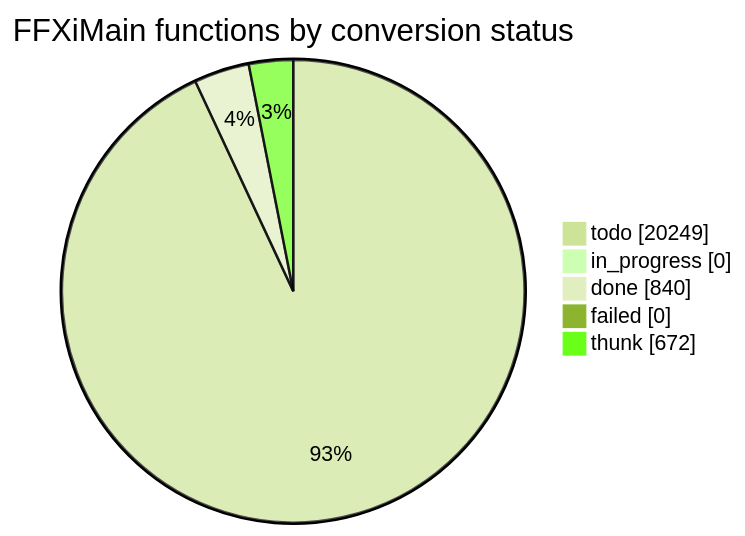
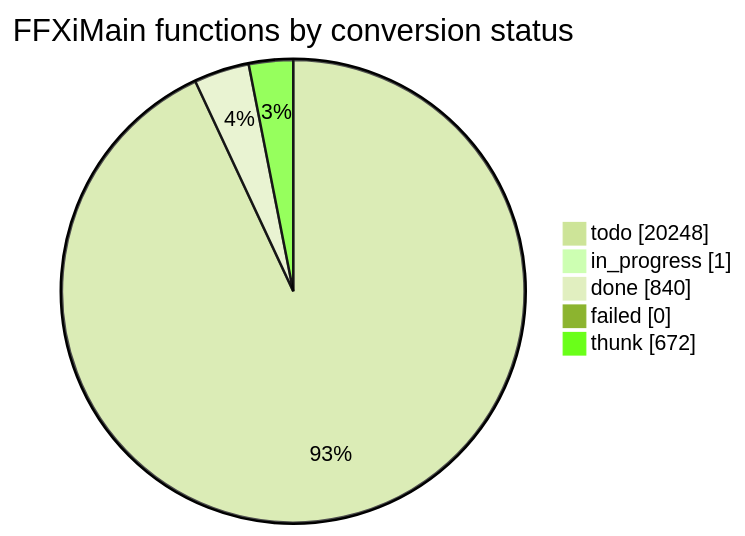
The diagram in docs/cow/STATUS.md (cowrevenge/cow_kuluu_xi_anything), drawn with Mermaid (forest theme) before and after one commit. The commit also changed other lines of this file and 7 other files, not shown here.

````diff
--- a/docs/cow/STATUS.md
+++ b/docs/cow/STATUS.md
@@ -18,9 +18,9 @@
 ```mermaid
 pie showData
     title FFXiMain functions by conversion status
-    "todo" : 20249
-    "in_progress" : 0
+    "todo" : 20248
+    "in_progress" : 1
     "done" : 840
     "failed" : 0
     "thunk" : 672
 ```
````
